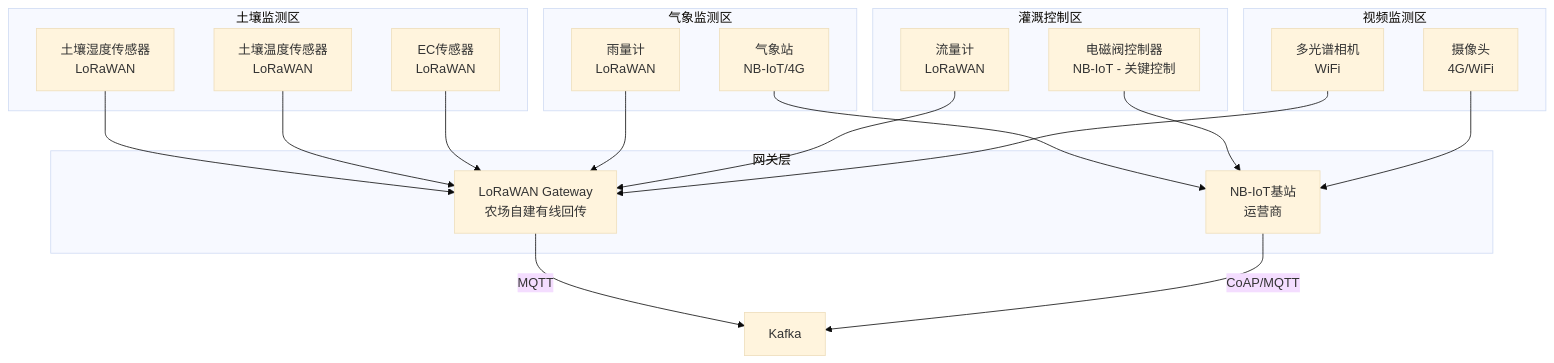
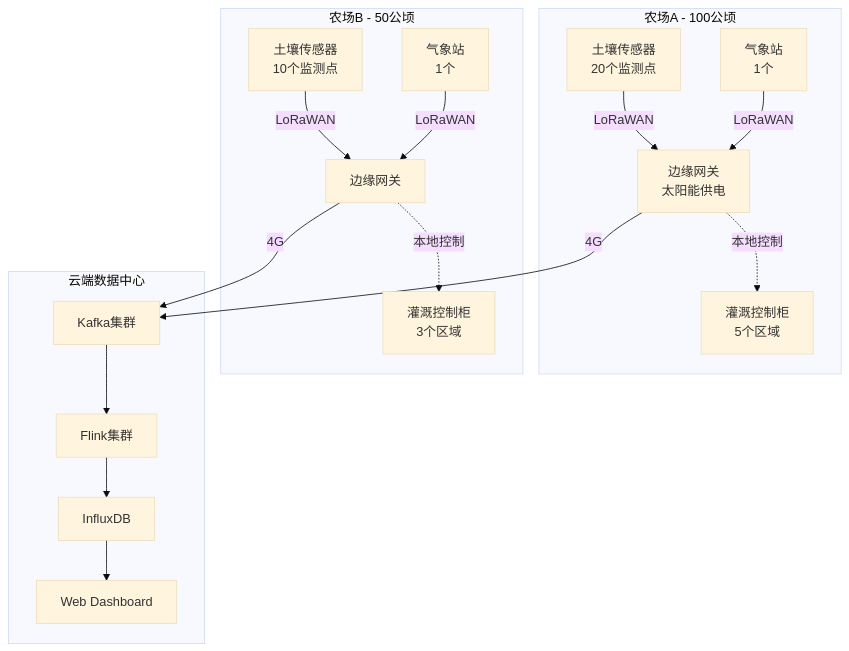
The third of 3 diagrams in Flink-IoT-Authority-Alignment/Phase-5-Agriculture/10-flink-iot-precision-agriculture-foundation.md (AdaMartin18010/AnalysisDataFlow), drawn with Mermaid (base theme) before and after one commit. The commit also changed other lines of this file and 153 other files, not shown here.

````diff
--- a/Flink-IoT-Authority-Alignment/Phase-5-Agriculture/10-flink-iot-precision-agriculture-foundation.md
+++ b/Flink-IoT-Authority-Alignment/Phase-5-Agriculture/10-flink-iot-precision-agriculture-foundation.md
@@ -504,42 +660,35 @@
 ```mermaid
 graph TB
-    subgraph 土壤监测区
-        S1[土壤湿度传感器<br/>LoRaWAN]
-        S2[土壤温度传感器<br/>LoRaWAN]
-        S3[EC传感器<br/>LoRaWAN]
+    subgraph 农场A - 100公顷
+        A1[土壤传感器<br/>20个监测点]
+        A2[气象站<br/>1个]
+        A3[边缘网关<br/>太阳能供电]
+        A4[灌溉控制柜<br/>5个区域]
     end
 
-    subgraph 气象监测区
-        W1[气象站<br/>NB-IoT/4G]
-        W2[雨量计<br/>LoRaWAN]
+    subgraph 农场B - 50公顷
+        B1[土壤传感器<br/>10个监测点]
+        B2[气象站<br/>1个]
+        B3[边缘网关]
+        B4[灌溉控制柜<br/>3个区域]
     end
 
-    subgraph 灌溉控制区
-        C1[电磁阀控制器<br/>NB-IoT - 关键控制]
-        C2[流量计<br/>LoRaWAN]
+    subgraph 云端数据中心
+        C1[Kafka集群]
+        C2[Flink集群]
+        C3[InfluxDB]
+        C4[Web Dashboard]
     end
 
-    subgraph 视频监测区
-        V1[摄像头<br/>4G/WiFi]
-        V2[多光谱相机<br/>WiFi]
-    end
+    A1 -->|LoRaWAN| A3
+    A2 -->|LoRaWAN| A3
+    A3 -->|4G| C1
+    A3 -.->|本地控制| A4
 
-    subgraph 网关层
-        L1[LoRaWAN Gateway<br/>农场自建有线回传]
-        N1[NB-IoT基站<br/>运营商]
-    end
+    B1 -->|LoRaWAN| B3
+    B2 -->|LoRaWAN| B3
+    B3 -->|4G| C1
+    B3 -.->|本地控制| B4
 
-    S1 --> L1
-    S2 --> L1
-    S3 --> L1
-    W2 --> L1
-    C2 --> L1
-
-    W1 --> N1
-    C1 --> N1
-    V1 --> N1
-    V2 --> L1
-
-    L1 -->|MQTT| Kafka
-    N1 -->|CoAP/MQTT| Kafka
+    C1 --> C2 --> C3 --> C4
 ```
````
